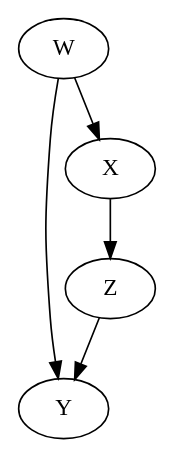
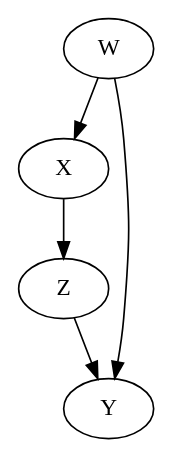
One commit to daxelb/ECS4TOMAE changed the diagram in output/causal-model.gv. Above: the diagram before and after it, drawn with Graphviz. The commit also changed other lines of this file and 6 other files, not shown here.

```diff
--- a/output/causal-model.gv
+++ b/output/causal-model.gv
@@ -1,10 +1,10 @@
 digraph {
+	Z [label=Z shape=ellipse]
+	X [label=X shape=ellipse]
 	Y [label=Y shape=ellipse]
-	Z [label=Z shape=ellipse]
 	W [label=W shape=ellipse]
-	X [label=X shape=ellipse]
 	W -> X
 	W -> Y
 	X -> Z
 	Z -> Y
 }
```
